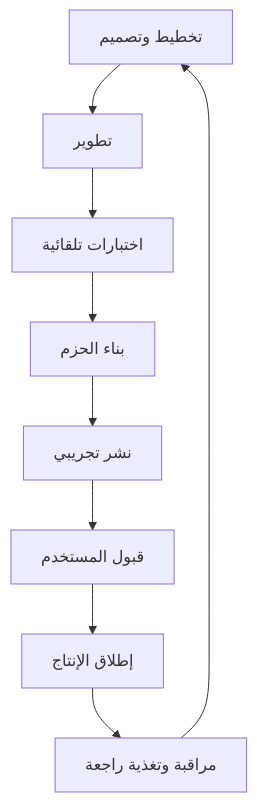
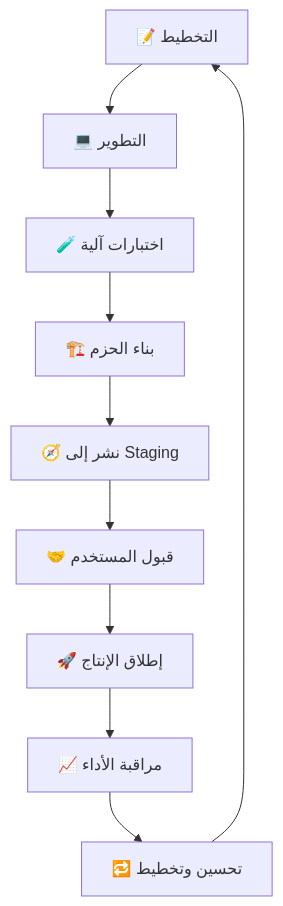
Before and after one commit to Ash69g/Documentation-Study: the third of 5 diagrams in docs/12-release-and-devops/12-release-and-devops.md, drawn with Mermaid. The commit also changed other lines of this file and 8 other files, not shown here.

````diff
--- a/docs/12-release-and-devops/12-release-and-devops.md
+++ b/docs/12-release-and-devops/12-release-and-devops.md
@@ -110,11 +94,12 @@
 ```mermaid
 flowchart TD
-  Plan["تخطيط وتصميم"] --> Dev["تطوير"]
-  Dev --> Test["اختبارات تلقائية"]
-  Test --> Build["بناء الحزم"]
-  Build --> Stage["نشر تجريبي"]
-  Stage --> UAT["قبول المستخدم"]
-  UAT --> Release["إطلاق الإنتاج"]
-  Release --> Monitor["مراقبة وتغذية راجعة"]
-  Monitor --> Plan
+  Plan["📝 التخطيط"] --> Dev["💻 التطوير"]
+  Dev --> Test["🧪 اختبارات آلية"]
+  Test --> Build["🏗️ بناء الحزم"]
+  Build --> Stage["🧭 نشر إلى Staging"]
+  Stage --> UAT["🤝 قبول المستخدم"]
+  UAT --> Release["🚀 إطلاق الإنتاج"]
+  Release --> Monitor["📈 مراقبة الأداء"]
+  Monitor --> Improve["🔁 تحسين وتخطيط"]
+  Improve --> Plan
 ```
````
